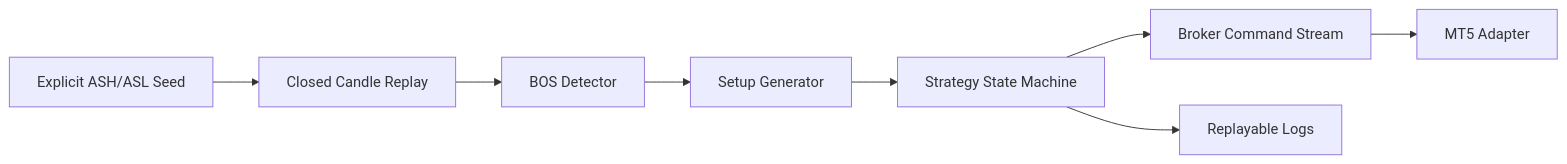
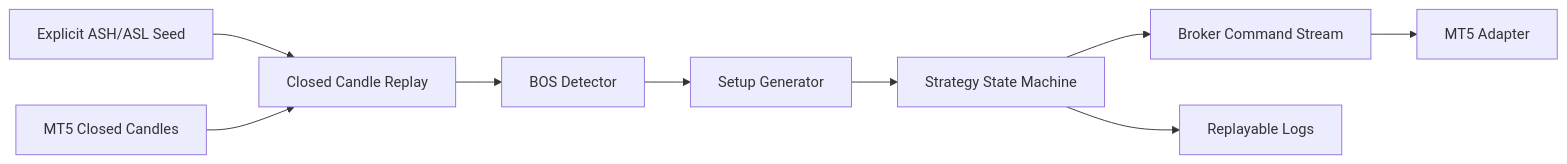
Before and after one commit to rTalhaa/SwingautomateddTrading: the diagram in README.md, drawn with Mermaid. The commit also changed other lines of this file and 5 other files, not shown here.

````diff
--- a/README.md
+++ b/README.md
@@ -43,10 +44,11 @@
 ```mermaid
 flowchart LR
     A["Explicit ASH/ASL Seed"] --> B["Closed Candle Replay"]
+    M["MT5 Closed Candles"] --> B
     B --> C["BOS Detector"]
     C --> D["Setup Generator"]
     D --> E["Strategy State Machine"]
     E --> F["Broker Command Stream"]
     F --> G["MT5 Adapter"]
     E --> H["Replayable Logs"]
 ```
````
